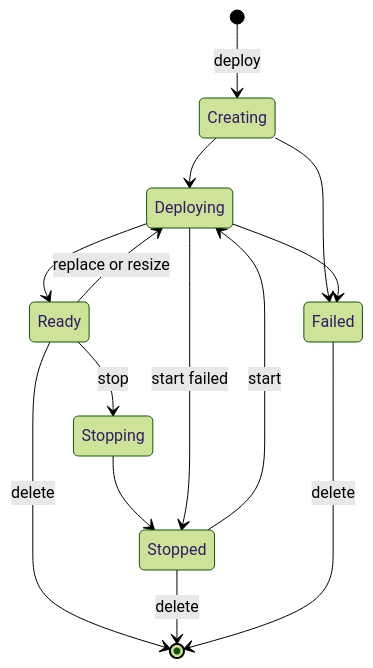
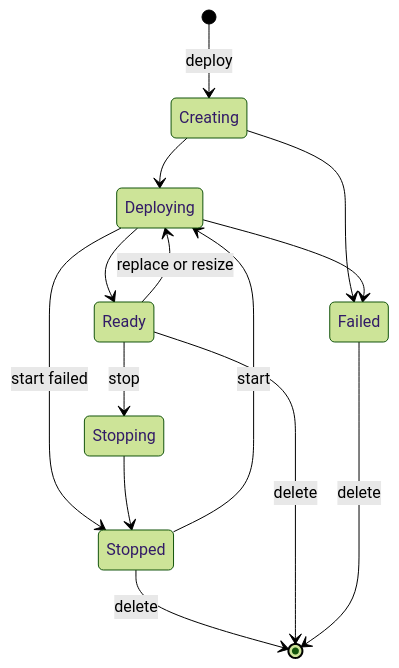
One commit to ultralytics/ultralytics changed the first of 2 diagrams in docs/en/platform/deploy/endpoints.md. Above: the diagram before and after it, drawn with Mermaid (forest theme). The commit also changed other lines of this file and 6 other files, not shown here.

First line of the commit message:
Fit Mermaid diagrams to phone width in the site renderer

````diff
--- a/docs/en/platform/deploy/endpoints.md
+++ b/docs/en/platform/deploy/endpoints.md
@@ -42,17 +42,17 @@
 ```mermaid
 stateDiagram-v2
     [*] --> Creating: deploy
+    Stopped --> Deploying: start
+    Stopped --> [*]: delete
+    Ready --> Stopping: stop
+    Ready --> Deploying: replace or resize
+    Deploying --> Stopped: start failed
+    Stopping --> Stopped
+    Creating --> Failed
     Creating --> Deploying
     Deploying --> Ready
-    Ready --> Stopping: stop
-    Ready --> Deploying: replace or resize
-    Stopping --> Stopped
-    Stopped --> Deploying: start
-    Deploying --> Stopped: start failed
     Ready --> [*]: delete
-    Stopped --> [*]: delete
-    Creating --> Failed
     Deploying --> Failed
     Failed --> [*]: delete
     class Failed error
 ```
````
